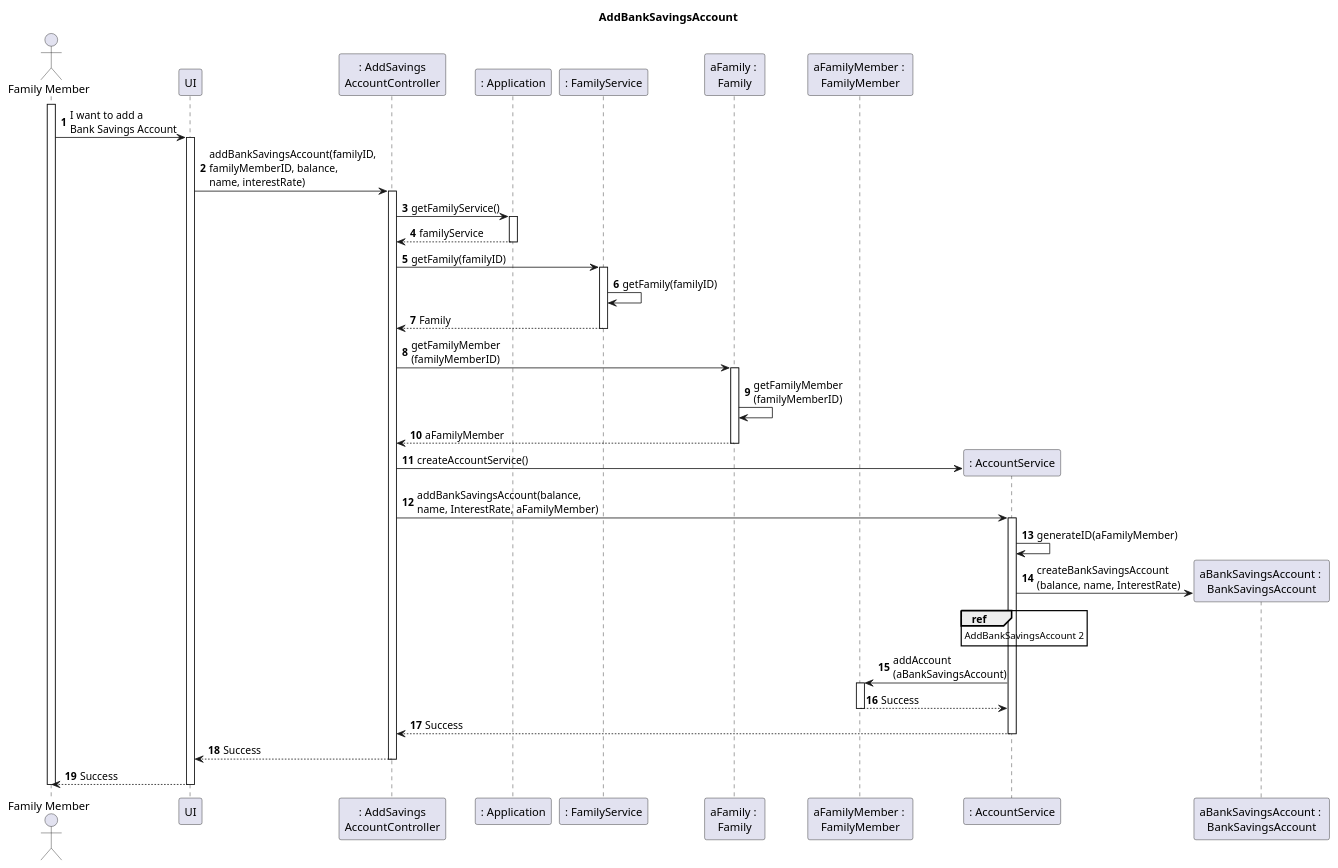
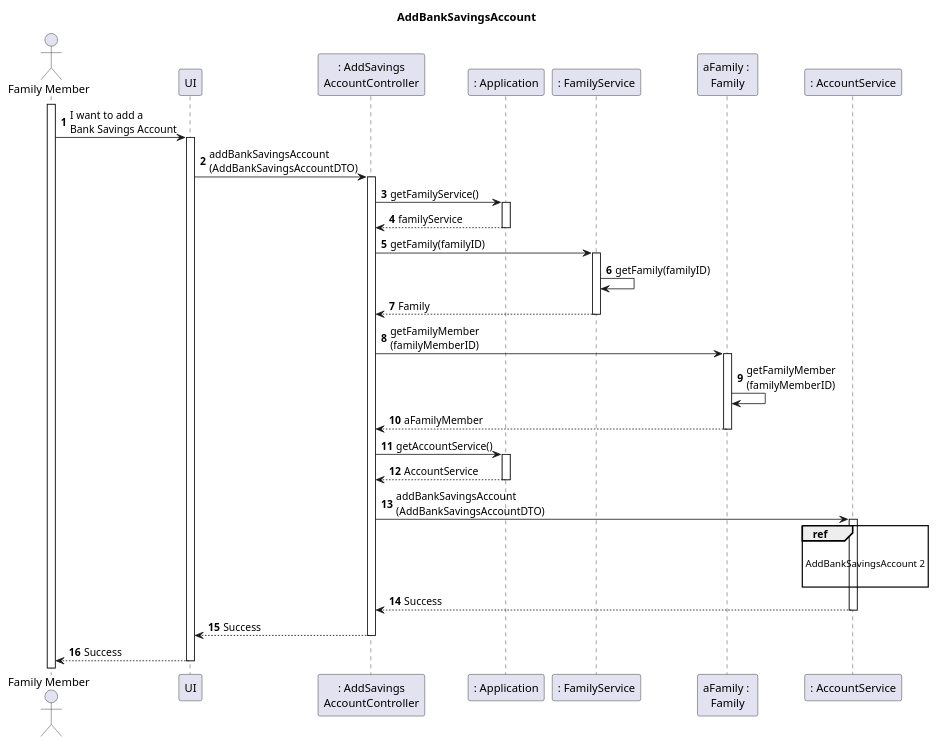
Before and after one commit to tomas-osswald/switch_2020_g3: the second of 4 diagrams in docs/sprint2/user_stories/US172_AddBankSavingsAccount.md, drawn with PlantUML. The commit also changed other lines of this file and 1 other file, not shown here.

Commit message:
Create AddBankSavingsAccountDTO. AddBankSavingsAccountController now accepts only a DTO.

`````diff
--- a/docs/sprint2/user_stories/US172_AddBankSavingsAccount.md
+++ b/docs/sprint2/user_stories/US172_AddBankSavingsAccount.md
@@ -90,54 +80,60 @@
 ````puml
 autonumber
 
 
 title AddBankSavingsAccount
 actor "Family Member" as FamilyMember
 participant "UI" as UI
 participant ": AddSavings\nAccountController" as Controller
 participant ": Application" as App
 participant ": FamilyService" as FamilyService
 participant "aFamily : \nFamily" as Family
-participant "aFamilyMember : \nFamilyMember" as aFamilyMember
 participant ": AccountService" as AccountService
-participant "aBankSavingsAccount : \nBankSavingsAccount" as BankAccount
 
 activate FamilyMember
 FamilyMember -> UI: I want to add a \nBank Savings Account
 activate UI
-UI -> Controller : addBankSavingsAccount(familyID, \nfamilyMemberID, balance, \nname, interestRate)
+UI -> Controller : addBankSavingsAccount\n(AddBankSavingsAccountDTO)
 activate Controller
+
 Controller -> App : getFamilyService()
 activate App
 App --> Controller : familyService
 deactivate App
+
 Controller -> FamilyService : getFamily(familyID)
 activate FamilyService
 FamilyService -> FamilyService : getFamily(familyID)
 FamilyService --> Controller : Family
 deactivate FamilyService
+
 Controller -> Family : getFamilyMember\n(familyMemberID)
 Activate Family
 Family -> Family : getFamilyMember\n(familyMemberID)
 Family --> Controller : aFamilyMember
 Deactivate Family
-Controller -> AccountService ** : createAccountService()
-Controller -> AccountService : addBankSavingsAccount(balance, \nname, InterestRate, aFamilyMember)
+
+Controller -> App : getAccountService()
+activate App
+App --> Controller : AccountService
+deactivate App
+
+Controller -> AccountService : addBankSavingsAccount\n(AddBankSavingsAccountDTO)
 activate AccountService
-AccountService -> AccountService : generateID(aFamilyMember)
-AccountService -> BankAccount ** : createBankSavingsAccount\n(balance, name, InterestRate)
+
 ref over AccountService
+
 AddBankSavingsAccount 2
+
 end ref
-AccountService -> aFamilyMember : addAccount\n(aBankSavingsAccount) 
-activate aFamilyMember
-aFamilyMember --> AccountService : Success
-deactivate aFamilyMember
+
 AccountService --> Controller : Success
 deactivate AccountService
+
 Controller --> UI : Success
 deactivate Controller
+
 UI --> FamilyMember : Success
 deactivate UI
-deactivate FamilyMember
+
 ````
`````
